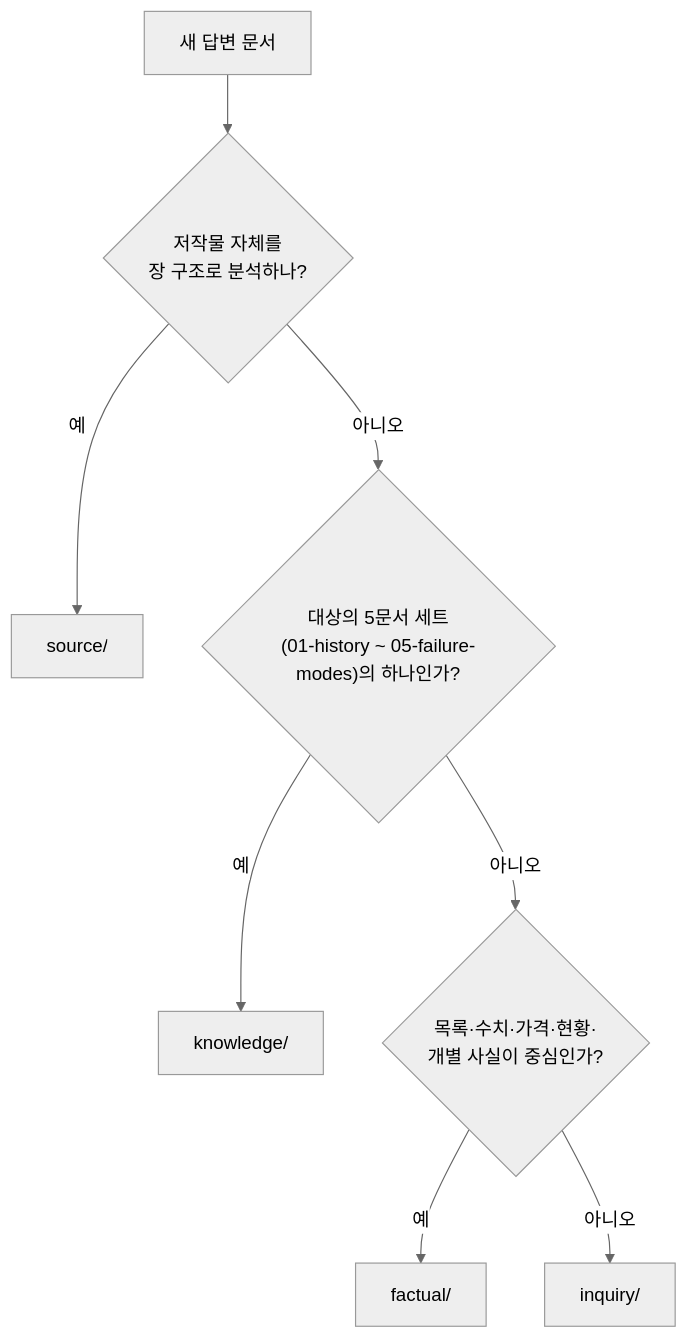
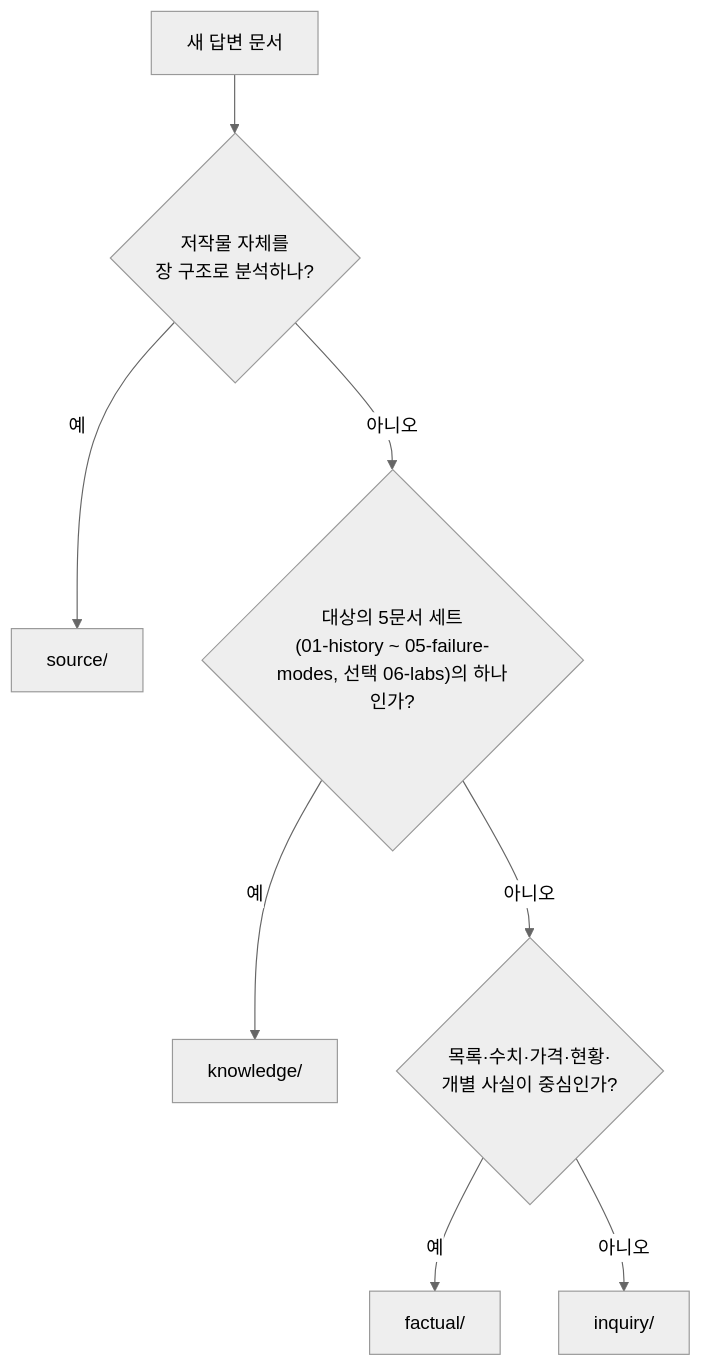
The second of 3 diagrams in ARCHITECTURE.md (gunhaa/QnA), drawn with Mermaid (neutral theme) before and after one commit. The commit also changed other lines of this file and 1 other file, not shown here.

First line of the commit message:
docs: knowledge 세트에 선택 문서 06-labs 규칙 추가

````diff
--- a/ARCHITECTURE.md
+++ b/ARCHITECTURE.md
@@ -71,10 +71,10 @@
 ```mermaid
 flowchart TD
     start["새 답변 문서"] --> src{"저작물 자체를<br/>장 구조로 분석하나?"}
     src -- 예 --> S["source/"]
-    src -- 아니오 --> know{"대상의 5문서 세트<br/>(01-history ~ 05-failure-modes)의 하나인가?"}
+    src -- 아니오 --> know{"대상의 5문서 세트<br/>(01-history ~ 05-failure-modes, 선택 06-labs)의 하나인가?"}
     know -- 예 --> K["knowledge/"]
     know -- 아니오 --> fact{"목록·수치·가격·현황·<br/>개별 사실이 중심인가?"}
     fact -- 예 --> F["factual/"]
     fact -- 아니오 --> Q["inquiry/"]
 ```
````
